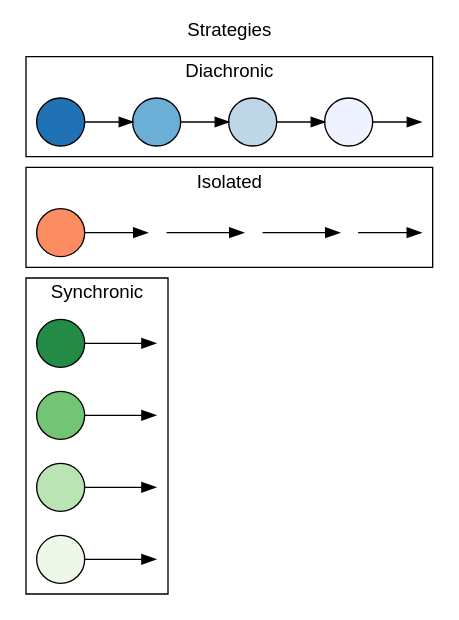
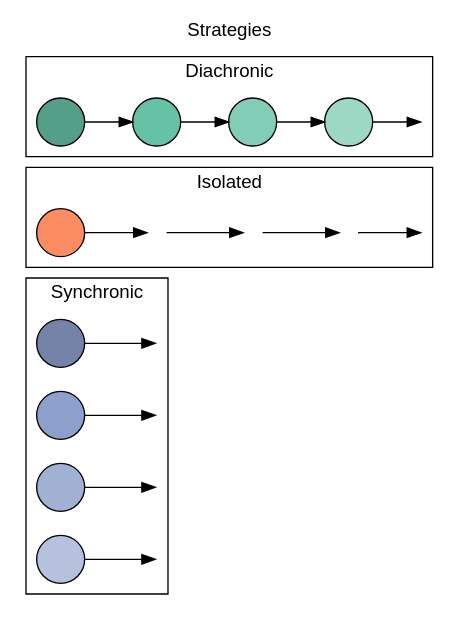
Before and after one commit to pedmiston/diachronic-teams: the diagram in totems/inst/extdata/team-structures-exp2.gv, drawn with Graphviz. The commit also changed 1 other file, not shown here.

```diff
--- a/totems/inst/extdata/team-structures-exp2.gv
+++ b/totems/inst/extdata/team-structures-exp2.gv
@@ -1,49 +1,49 @@
 digraph {
   rankdir=LR;
   label="Strategies";
   labelloc=t;
   fontname=helvetica;
   // bgcolor=transparent;
 
   node[fontname=helvetica; label=""; style=filled; shape=circle];
 
   // Set cluster order (top to bottom) by initializing
   // nodes in each cluster starting from bottom to top
   s4_1, solo_s1, d1;
 
   // Colors are people
-  d1[fillcolor="#2171b5"];
-  d2[fillcolor="#6baed6"];
-  d3[fillcolor="#bdd7e7"];
-  d4[fillcolor="#eff3ff"];
-  s4_1[fillcolor="#238b45"];
-  s4_2[fillcolor="#74c476"];
-  s4_3[fillcolor="#bae4b3"];
-  s4_4[fillcolor="#edf8e9"];
+  d1[fillcolor="#549F88"];
+  d2[fillcolor="#66C2A5"];
+  d3[fillcolor="#81CDB5"];
+  d4[fillcolor="#9DD8C5"];
+  s4_1[fillcolor="#7483A7"];
+  s4_2[fillcolor="#8DA0CB"];
+  s4_3[fillcolor="#A1B1D4"];
+  s4_4[fillcolor="#B6C2DD"];
   solo_s1[fillcolor="#FC8D62"];
 
   // Invisible last nodes
   dinv1, soloinv2, s4inv1, s4inv2, s4inv3, s4inv4[style=invis, width=0];
 
   subgraph cluster1 {
     label="Diachronic";
     d1 -> d2 -> d3 -> d4 -> dinv1;
   }
 
   subgraph cluster2 {
     label="Isolated";
     solo_s1 -> solo_s2 -> solo_s3 -> solo_s4 -> soloinv2;
 
     solo_s2, solo_s3, solo_s4[style=invis, width=0.2];
   }
 
   subgraph cluster3 {
     label="Synchronic";
     rankdir=TB;
     s4_1 -> s4inv1;
     s4_2 -> s4inv2;
     s4_3 -> s4inv3;
     s4_4 -> s4inv4;
   }
 
 }
```
